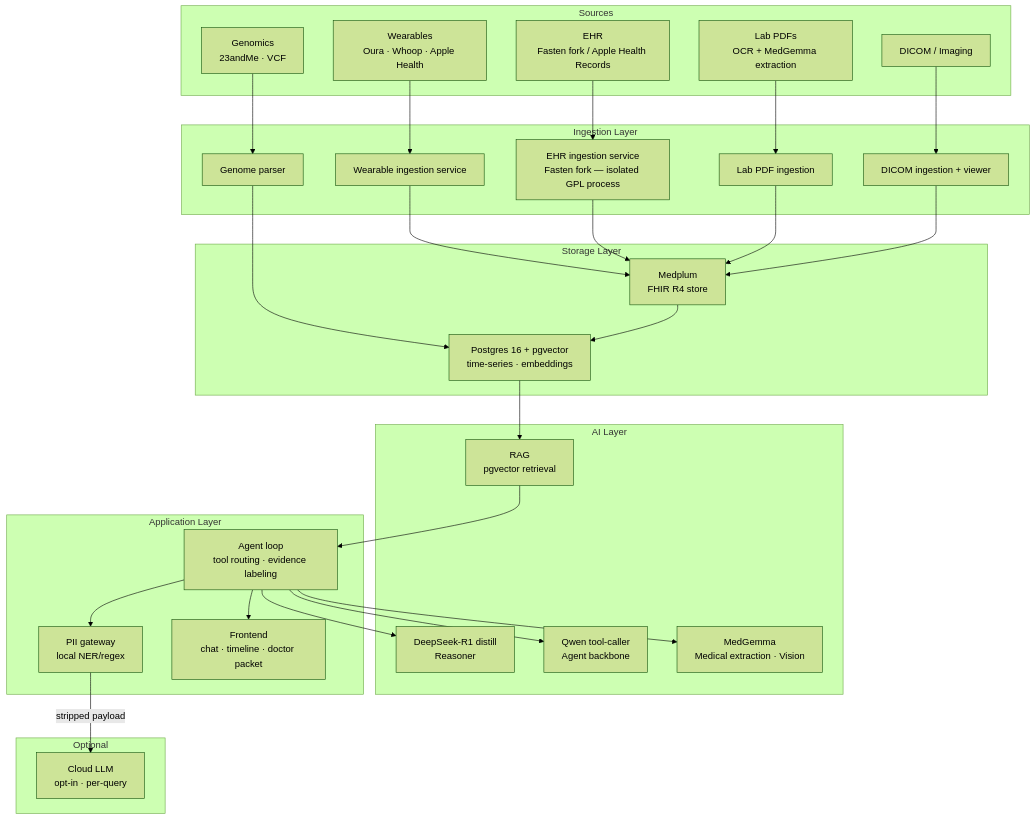
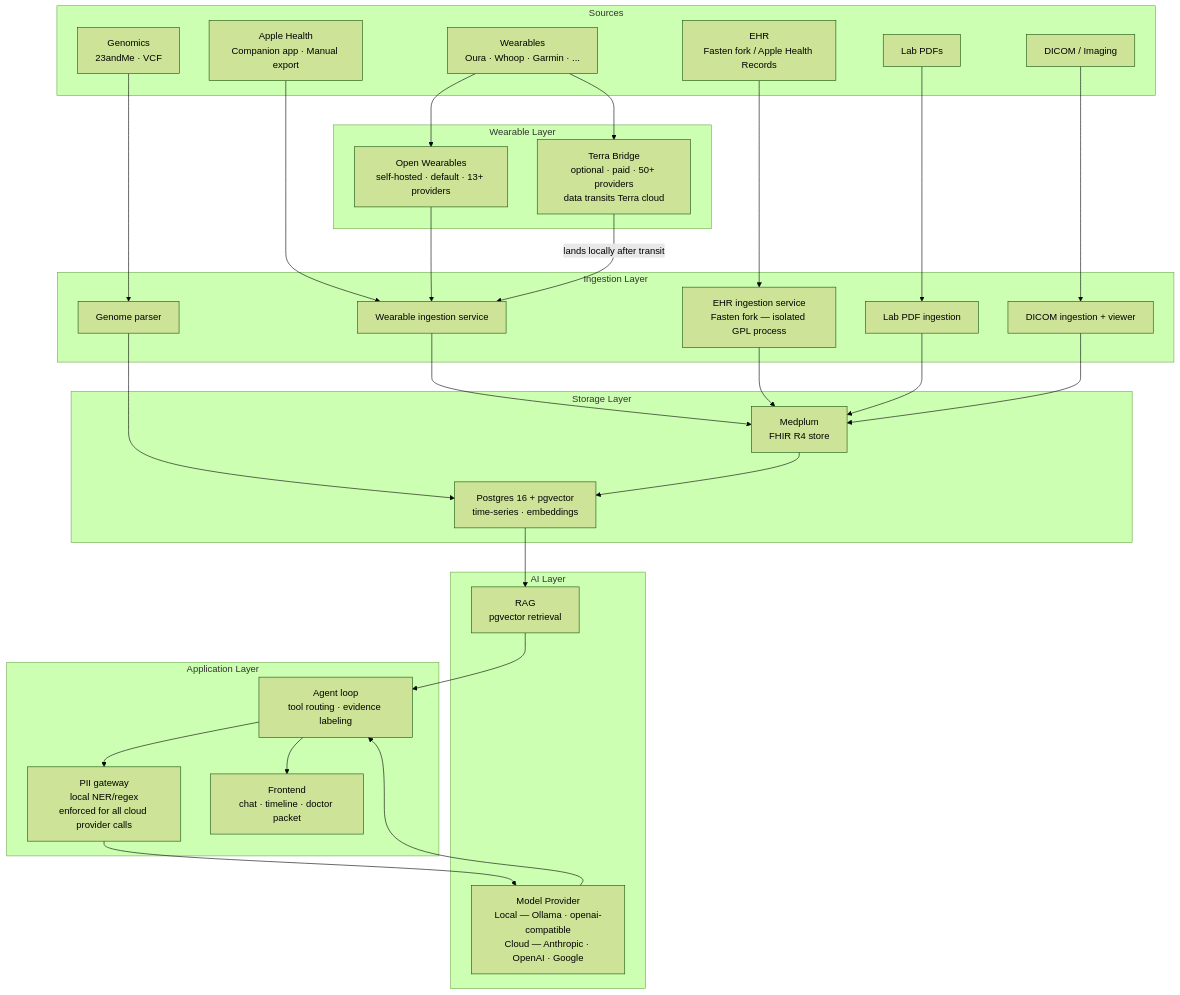
The diagram in docs/architecture.md (XanaduCo/AyuSpec), drawn with Mermaid (forest theme) before and after one commit. The commit also changed other lines of this file and 9 other files, not shown here.

````diff
--- a/docs/architecture.md
+++ b/docs/architecture.md
@@ -5,63 +5,64 @@
 ```mermaid
 graph TD
     subgraph Sources
-        W[Wearables<br/>Oura · Whoop · Apple Health]
+        W[Wearables<br/>Oura · Whoop · Garmin · ...]
+        AH[Apple Health<br/>Companion app · Manual export]
         E[EHR<br/>Fasten fork / Apple Health Records]
-        L[Lab PDFs<br/>OCR + MedGemma extraction]
+        L[Lab PDFs]
         D[DICOM / Imaging]
         G[Genomics<br/>23andMe · VCF]
+    end
+
+    subgraph Wearable Layer
+        OW[Open Wearables<br/>self-hosted · default · 13+ providers]
+        TB[Terra Bridge<br/>optional · paid · 50+ providers<br/>data transits Terra cloud]
     end
 
     subgraph Ingestion Layer
         WI[Wearable ingestion service]
         EI[EHR ingestion service<br/>Fasten fork — isolated GPL process]
         LI[Lab PDF ingestion]
         DI[DICOM ingestion + viewer]
         GI[Genome parser]
     end
 
     subgraph Storage Layer
         MP[Medplum<br/>FHIR R4 store]
         PG[Postgres 16 + pgvector<br/>time-series · embeddings]
     end
 
     subgraph AI Layer
-        R1[DeepSeek-R1 distill<br/>Reasoner]
-        QW[Qwen tool-caller<br/>Agent backbone]
-        MG[MedGemma<br/>Medical extraction · Vision]
+        PROV[Model Provider<br/>Local — Ollama · openai-compatible<br/>Cloud — Anthropic · OpenAI · Google]
         RAG[RAG<br/>pgvector retrieval]
     end
 
     subgraph Application Layer
         AG[Agent loop<br/>tool routing · evidence labeling]
-        PII[PII gateway<br/>local NER/regex]
+        PII[PII gateway<br/>local NER/regex<br/>enforced for all cloud provider calls]
         UI[Frontend<br/>chat · timeline · doctor packet]
     end
 
-    subgraph Optional
-        CL[Cloud LLM<br/>opt-in · per-query]
-    end
-
-    W --> WI
+    W --> OW
+    W --> TB
+    AH --> WI
+    OW --> WI
+    TB -->|lands locally after transit| WI
     E --> EI
     L --> LI
     D --> DI
     G --> GI
 
     WI --> MP
     EI --> MP
     LI --> MP
     DI --> MP
     GI --> PG
 
     MP --> PG
     PG --> RAG
     RAG --> AG
-    AG --> R1
-    AG --> QW
-    AG --> MG
+    AG --> PII
+    PII --> PROV
+    PROV --> AG
     AG --> UI
-
-    AG --> PII
-    PII -->|stripped payload| CL
 ```
````
